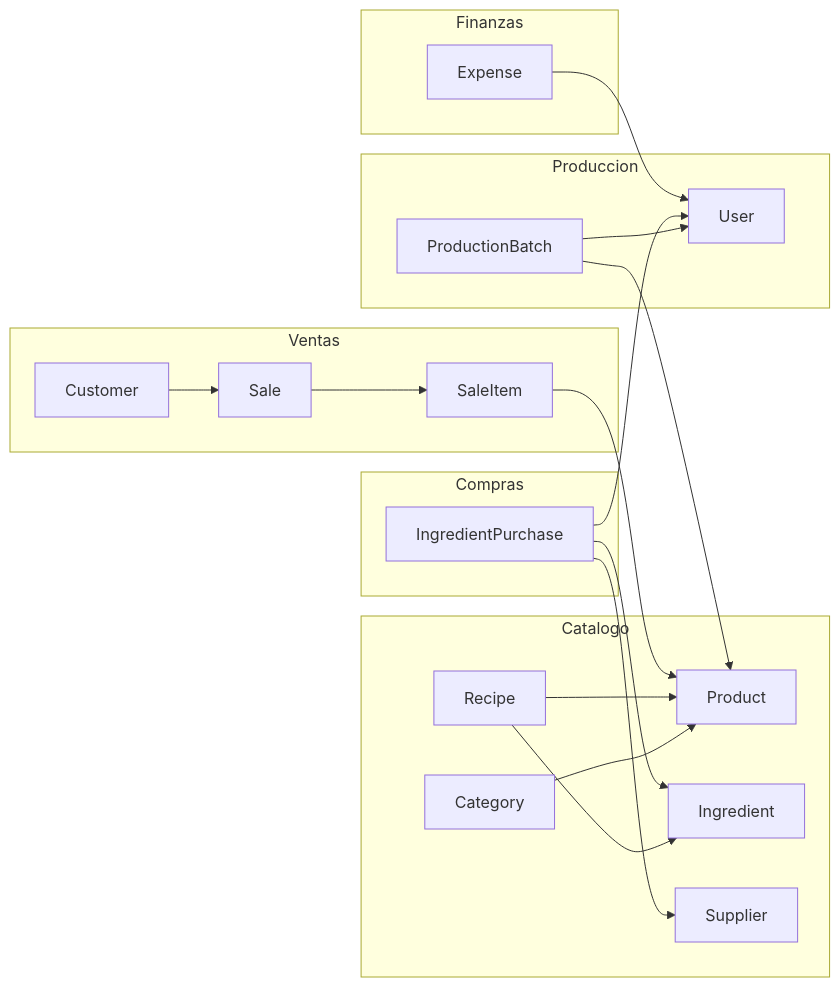
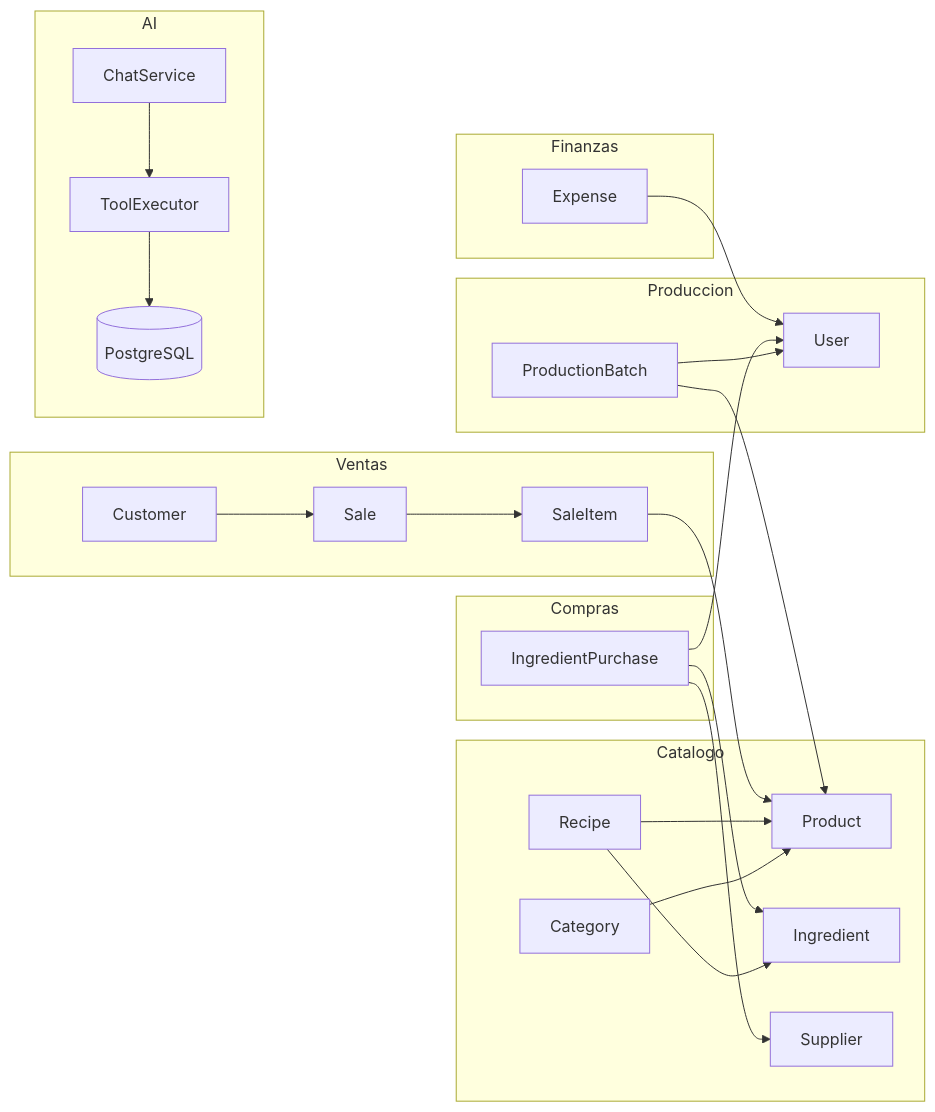
One commit to FepDev25/bakery-full-stack changed the third of 3 diagrams in README.md. Above: the diagram before and after it, drawn with Mermaid. The commit also changed other lines of this file, not shown here.

````diff
--- a/README.md
+++ b/README.md
@@ -81,31 +123,36 @@
 ```mermaid
 flowchart LR
     subgraph Catalogo
         Category --> Product
         Ingredient
         Supplier
         Recipe --> Product
         Recipe --> Ingredient
     end
 
     subgraph Ventas
         Customer --> Sale
         Sale --> SaleItem
         SaleItem --> Product
     end
 
     subgraph Produccion
         ProductionBatch --> Product
         ProductionBatch --> User
     end
 
     subgraph Compras
         IngredientPurchase --> Ingredient
         IngredientPurchase --> Supplier
         IngredientPurchase --> User
     end
 
     subgraph Finanzas
         Expense --> User
     end
+
+    subgraph AI
+        ChatService --> ToolExecutor
+        ToolExecutor --> DB[(PostgreSQL)]
+    end
 ```
````
